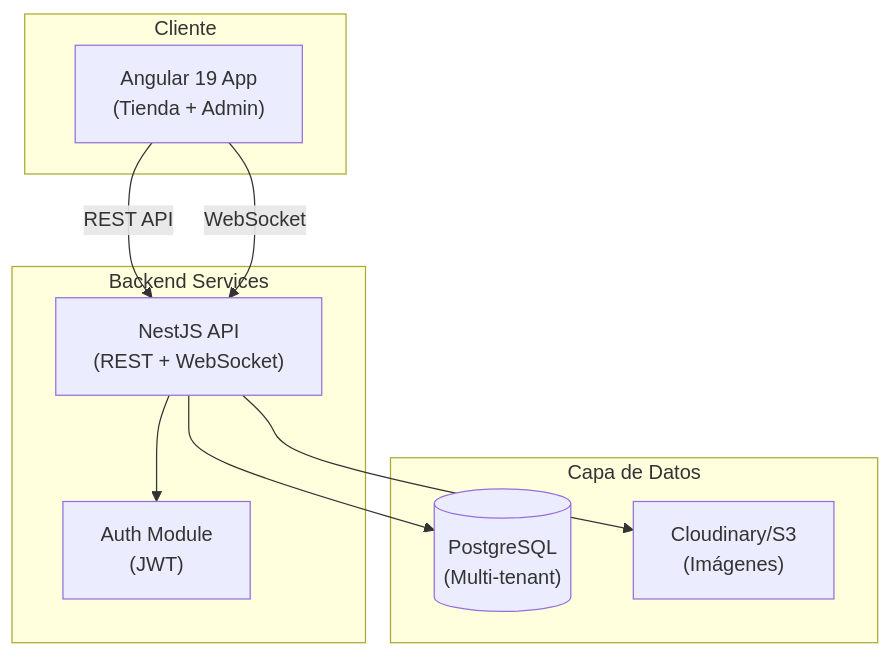
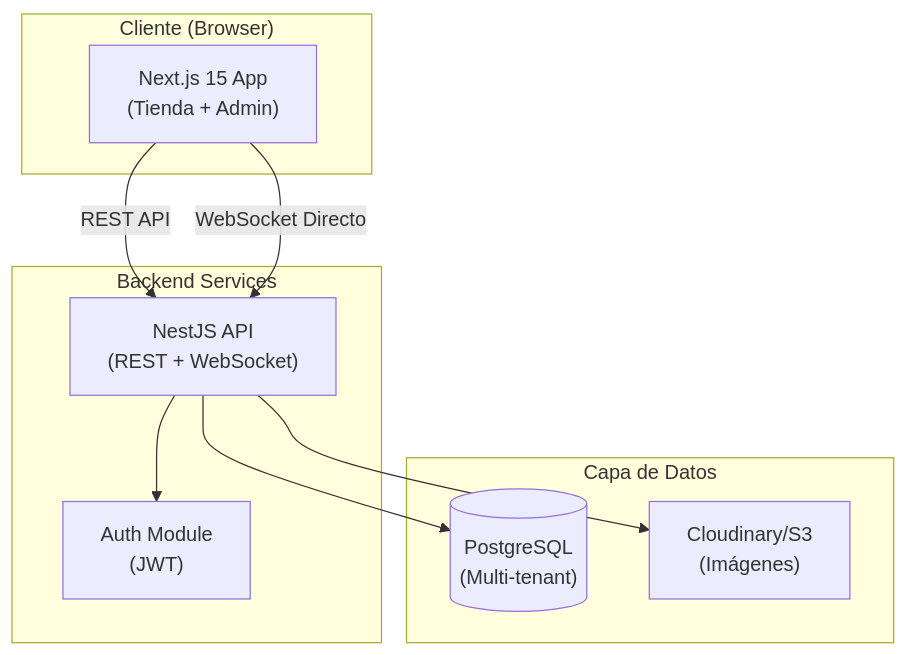
Before and after one commit to fernandomurguiadev/picky-app: the first of 4 diagrams in openspec/specs/project.md, drawn with Mermaid. The commit also changed other lines of this file and 28 other files, not shown here.

````diff
--- a/openspec/specs/project.md
+++ b/openspec/specs/project.md
@@ -87,22 +86,22 @@
 ```mermaid
 flowchart TB
-    subgraph Client["Cliente"]
-        Web["Angular 19 App<br/>(Tienda + Admin)"]
+    subgraph Client["Cliente (Browser)"]
+        Web["Next.js 15 App<br/>(Tienda + Admin)"]
     end
 
     subgraph Backend["Backend Services"]
         API["NestJS API<br/>(REST + WebSocket)"]
         Auth["Auth Module<br/>(JWT)"]
     end
 
     subgraph Data["Capa de Datos"]
         DB[("PostgreSQL<br/>(Multi-tenant)")]
         Storage["Cloudinary/S3<br/>(Imágenes)"]
     end
 
     Web -->|REST API| API
-    Web -->|WebSocket| API
+    Web -->|WebSocket Directo| API
     API --> Auth
     API --> DB
     API --> Storage
 ```
````
